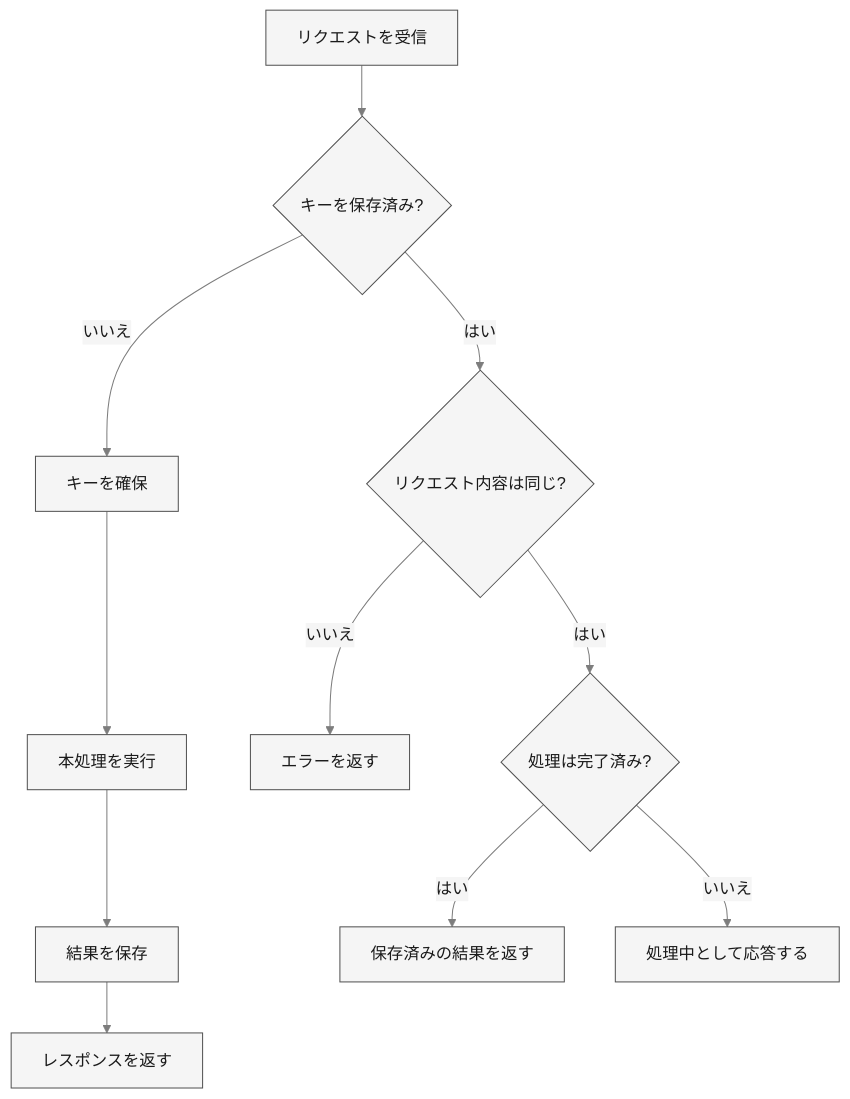
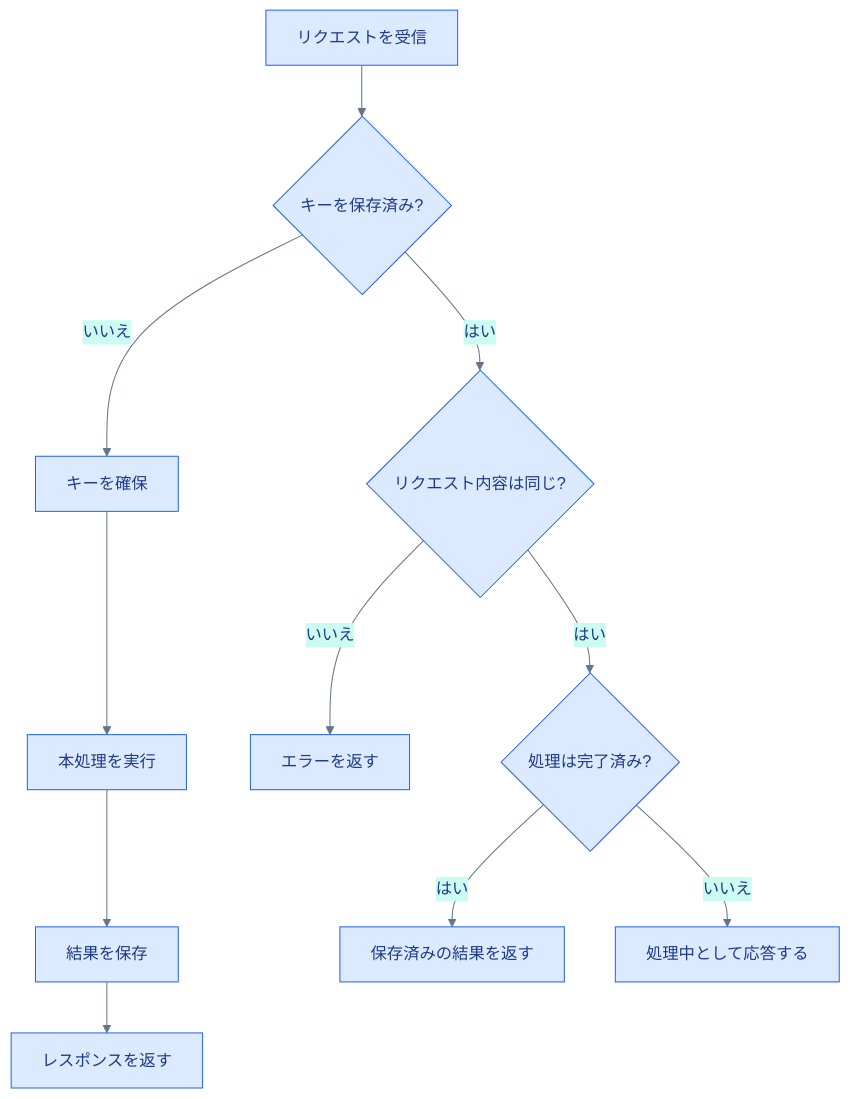
The second of 2 diagrams in articles/605a779340e0.md (nagahara-naoki/zenn), drawn with Mermaid before and after one commit. The commit also changed other lines of this file, not shown here.

````diff
--- a/articles/605a779340e0.md
+++ b/articles/605a779340e0.md
@@ -150,14 +142,14 @@
 ```mermaid
-%%{init: {'theme':'base','themeVariables':{'primaryColor':'#f5f5f5','primaryBorderColor':'#525252','primaryTextColor':'#1a1a1a','secondaryColor':'#e5e5e5','secondaryBorderColor':'#525252','secondaryTextColor':'#1a1a1a','tertiaryColor':'#fafafa','tertiaryBorderColor':'#525252','tertiaryTextColor':'#1a1a1a','mainBkg':'#f5f5f5','nodeBorder':'#525252','nodeTextColor':'#1a1a1a','clusterBkg':'#fafafa','clusterBorder':'#525252','lineColor':'#7d7d7d','textColor':'#1a1a1a','edgeLabelBackground':'#f5f5f5','actorBkg':'#f5f5f5','actorBorder':'#525252','actorTextColor':'#1a1a1a','actorLineColor':'#7d7d7d','signalColor':'#7d7d7d','signalTextColor':'#7d7d7d','noteBkgColor':'#e5e5e5','noteBorderColor':'#525252','noteTextColor':'#1a1a1a','activationBkgColor':'#e5e5e5','activationBorderColor':'#525252','labelBoxBkgColor':'#f5f5f5','labelBoxBorderColor':'#525252','labelTextColor':'#1a1a1a','loopTextColor':'#1a1a1a'}}}%%
+%%{init: {'theme':'base','themeVariables':{'primaryColor':'#DBEAFE','primaryBorderColor':'#2563EB','primaryTextColor':'#1E3A8A','secondaryColor':'#CCFBF1','secondaryBorderColor':'#0F766E','secondaryTextColor':'#134E4A','tertiaryColor':'#F8FAFC','tertiaryBorderColor':'#64748B','tertiaryTextColor':'#0F172A','lineColor':'#64748B','textColor':'#0F172A'}}}%%
 flowchart TD
   A[リクエストを受信] --> B{キーを保存済み?}
   B -- いいえ --> C[キーを確保]
   C --> D[本処理を実行]
   D --> E[結果を保存]
   E --> F[レスポンスを返す]
   B -- はい --> G{リクエスト内容は同じ?}
   G -- いいえ --> H[エラーを返す]
   G -- はい --> I{処理は完了済み?}
   I -- はい --> J[保存済みの結果を返す]
   I -- いいえ --> K[処理中として応答する]
 ```
````
